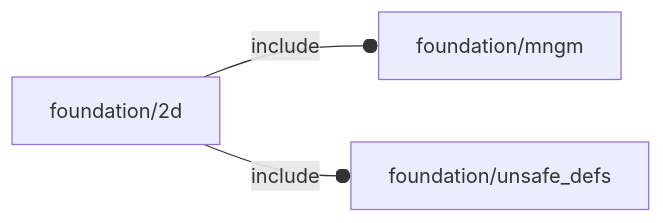
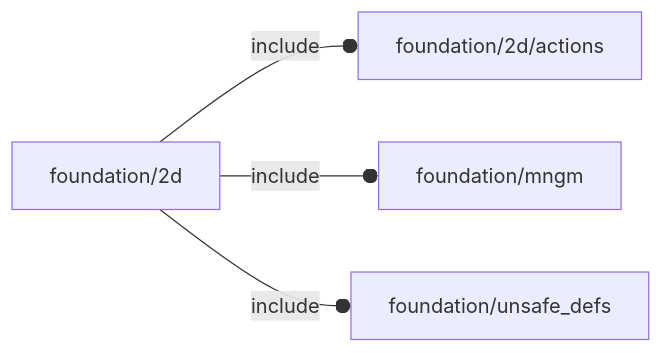
One commit to ggabbiani/OFL changed the diagram in orthodocs/foundation/2d.md. Above: the diagram before and after it, drawn with Mermaid. The commit also changed 74 other files, not shown here.

````diff
--- a/orthodocs/foundation/2d.md
+++ b/orthodocs/foundation/2d.md
@@ -5,5 +5,6 @@
 ```mermaid
 graph LR
-    A1[foundation/2d] --o|include| A2[foundation/mngm]
-    A1 --o|include| A3[foundation/unsafe_defs]
+    A1[foundation/2d] --o|include| A2[foundation/2d/actions]
+    A1 --o|include| A3[foundation/mngm]
+    A1 --o|include| A4[foundation/unsafe_defs]
 ```
````
